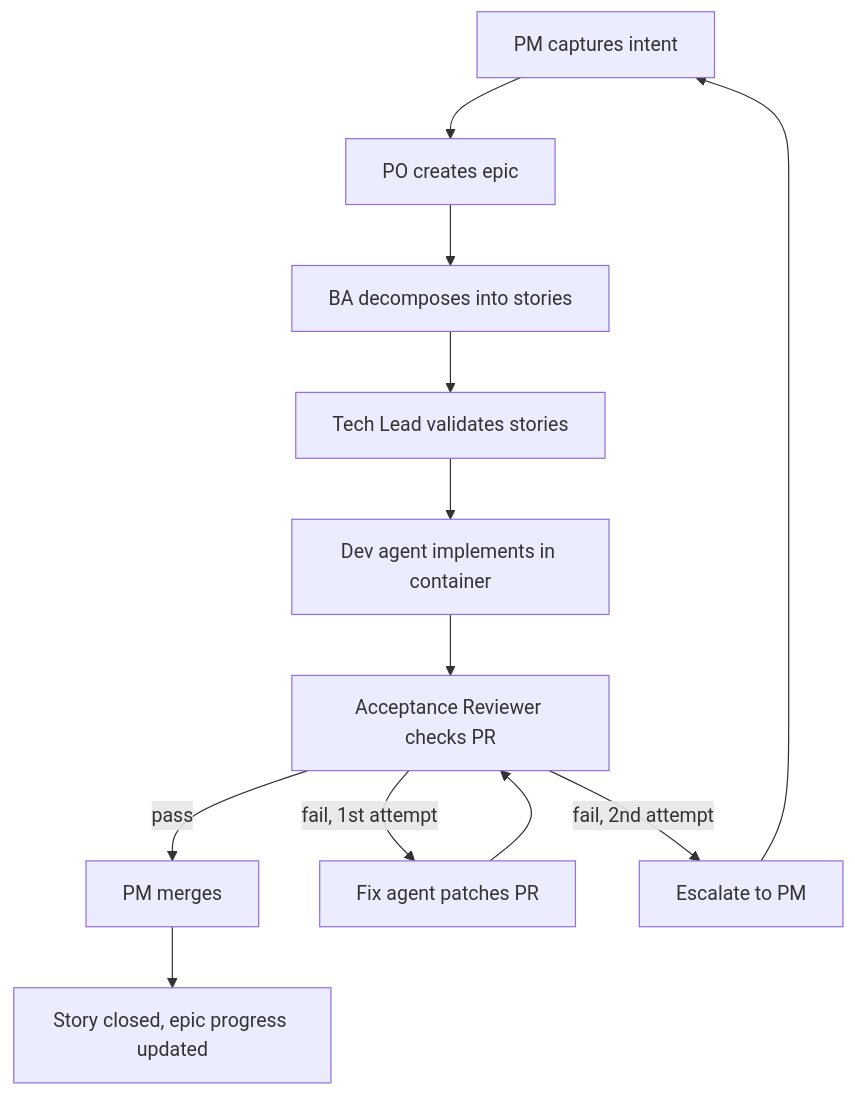
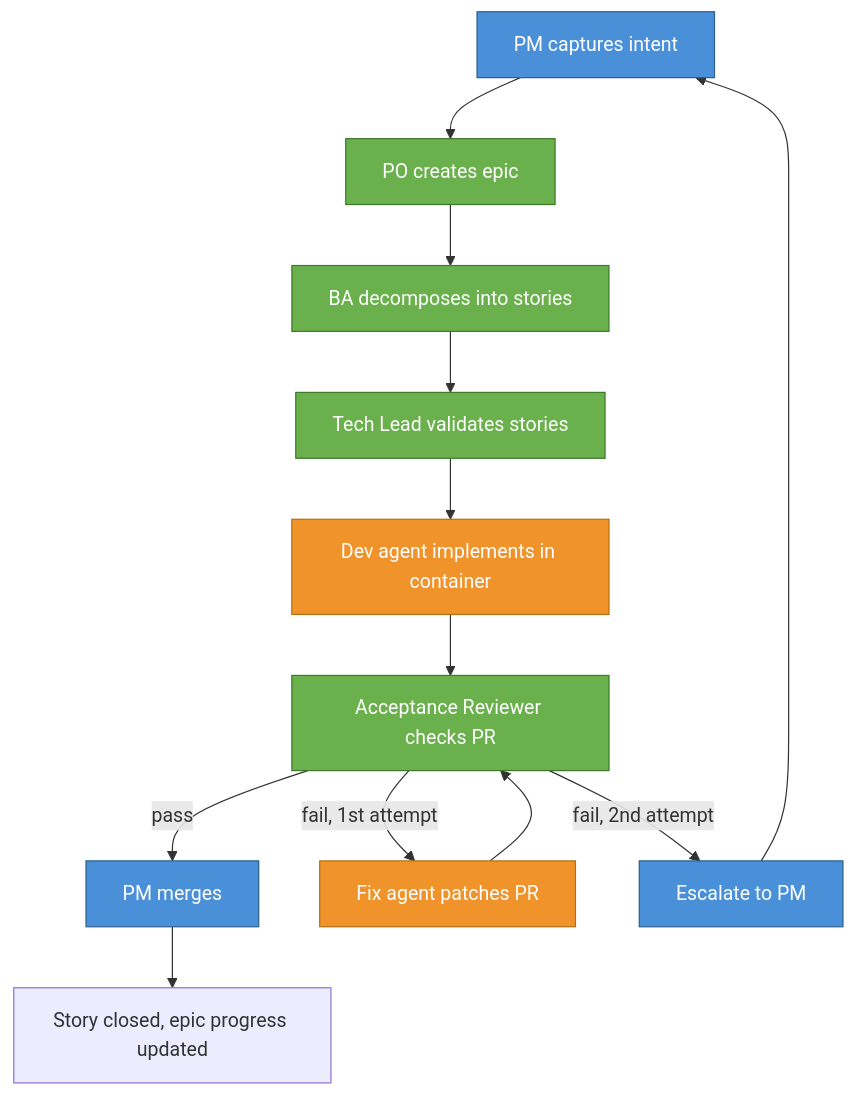
One commit to cfg-is/cfgms changed the first of 3 diagrams in docs/development/autonomous-dev-team.md. Above: the diagram before and after it, drawn with Mermaid. The commit also changed other lines of this file, not shown here.

First line of the commit message:
docs: color-code mermaid diagrams by actor type

````diff
--- a/docs/development/autonomous-dev-team.md
+++ b/docs/development/autonomous-dev-team.md
@@ -24,14 +24,18 @@
 ```mermaid
 flowchart TD
-    PM[PM captures intent] --> PO[PO creates epic]
-    PO --> BA[BA decomposes into stories]
-    BA --> TL[Tech Lead validates stories]
-    TL --> DEV[Dev agent implements in container]
-    DEV --> AR[Acceptance Reviewer checks PR]
-    AR -->|pass| MERGE[PM merges]
-    AR -->|fail, 1st attempt| FIX[Fix agent patches PR]
+    PM[PM captures intent]:::human --> PO[PO creates epic]:::agent
+    PO --> BA[BA decomposes into stories]:::agent
+    BA --> TL[Tech Lead validates stories]:::agent
+    TL --> DEV[Dev agent implements in container]:::container
+    DEV --> AR[Acceptance Reviewer checks PR]:::agent
+    AR -->|pass| MERGE[PM merges]:::human
+    AR -->|fail, 1st attempt| FIX[Fix agent patches PR]:::container
     FIX --> AR
-    AR -->|fail, 2nd attempt| BLOCKED[Escalate to PM]
+    AR -->|fail, 2nd attempt| BLOCKED[Escalate to PM]:::human
     BLOCKED --> PM
     MERGE --> DONE[Story closed, epic progress updated]
+
+    classDef human fill:#4a90d9,stroke:#2c5f8a,color:#fff
+    classDef agent fill:#6ab04c,stroke:#3e7a2a,color:#fff
+    classDef container fill:#f0932b,stroke:#b5700f,color:#fff
 ```
````
